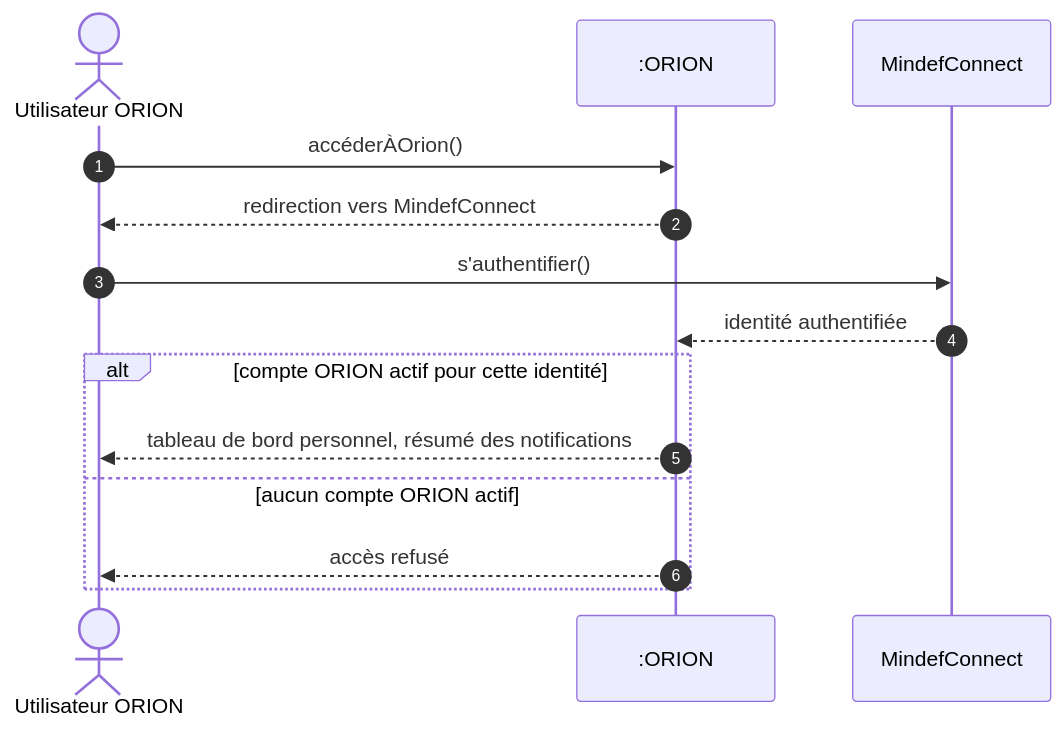
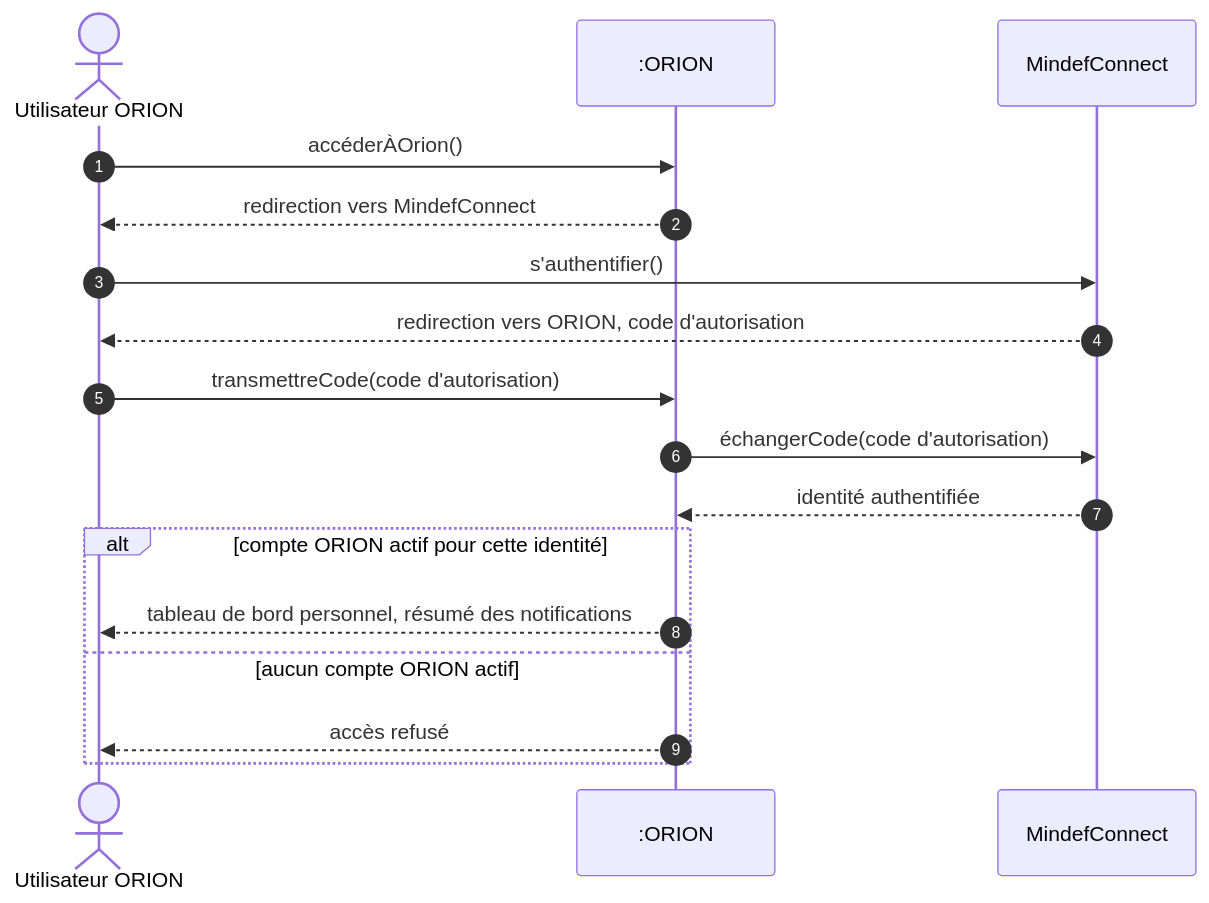
One commit to bpierrelouis/aster changed the first of 9 diagrams in docs/02-ANALYSE/02-CAPTURE-DES-BESOINS/10-DIAGRAMMES-SEQUENCE-SYSTEME.md. Above: the diagram before and after it, drawn with Mermaid. The commit also changed other lines of this file and 34 other files, not shown here.

First line of the commit message:
docs(diagrammes): aligner les diagrammes UML sur le code et les remettre en page

````diff
--- a/docs/02-ANALYSE/02-CAPTURE-DES-BESOINS/10-DIAGRAMMES-SEQUENCE-SYSTEME.md
+++ b/docs/02-ANALYSE/02-CAPTURE-DES-BESOINS/10-DIAGRAMMES-SEQUENCE-SYSTEME.md
@@ -11,16 +11,19 @@
 ```mermaid
 sequenceDiagram
     autonumber
     actor U as Utilisateur ORION
     participant O as :ORION
     participant M as MindefConnect
     U->>O: accéderÀOrion()
     O-->>U: redirection vers MindefConnect
     U->>M: s'authentifier()
+    M-->>U: redirection vers ORION, code d'autorisation
+    U->>O: transmettreCode(code d'autorisation)
+    O->>M: échangerCode(code d'autorisation)
     M-->>O: identité authentifiée
     alt compte ORION actif pour cette identité
         O-->>U: tableau de bord personnel, résumé des notifications
     else aucun compte ORION actif
         O-->>U: accès refusé
     end
 ```
````
